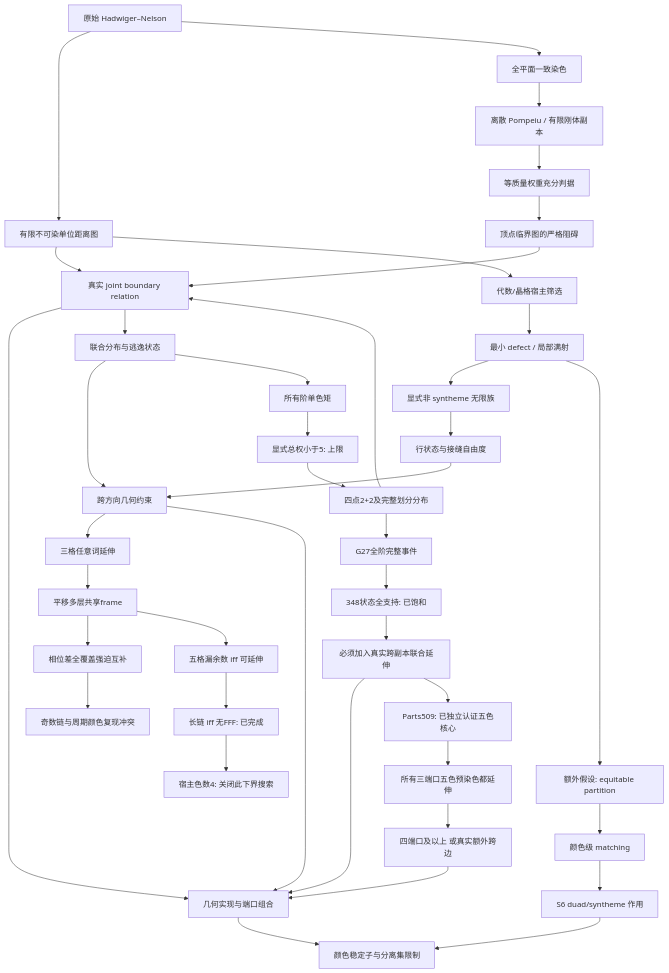
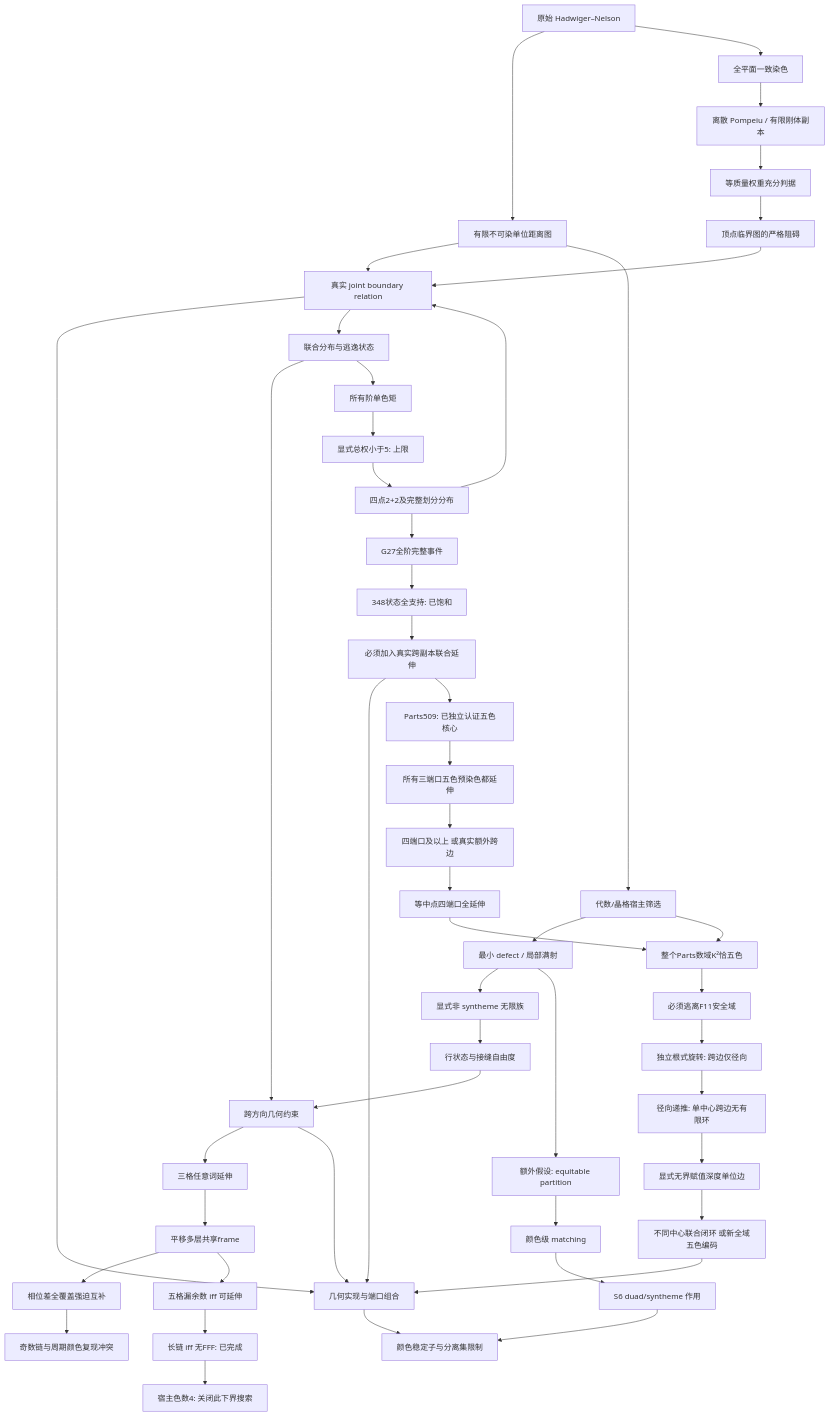
The diagram in docs/ROUTES.md (rsgcsg/math-research), drawn with Mermaid before and after one commit. The commit also changed other lines of this file and 18 other files, not shown here.

````diff
--- a/docs/ROUTES.md
+++ b/docs/ROUTES.md
@@ -10,43 +10,51 @@
 ```mermaid
 flowchart TD
   HN[原始 Hadwiger–Nelson] --> LOW[有限不可染单位距离图]
   HN --> UP[全平面一致染色]
   LOW --> REL[真实 joint boundary relation]
   REL --> GEO[几何实现与端口组合]
   GEO --> CUT[颜色稳定子与分离集限制]
   REL --> FACE[联合分布与逃逸状态]
   LOW --> HOST[代数/晶格宿主筛选]
   HOST --> FALL[最小 defect / 局部满射]
   FALL --> COUNTER[显式非 syntheme 无限族]
   COUNTER --> SFT[行状态与接缝自由度]
   FALL --> EQ[额外假设: equitable partition]
   EQ --> MATCH[颜色级 matching]
   MATCH --> S6[S6 duad/syntheme 作用]
   S6 --> CUT
   SFT --> SEAM[跨方向几何约束]
   SEAM --> TRIPLE[三格任意词延伸]
   TRIPLE --> LAYERS[平移多层共享frame]
   LAYERS --> SATURATE[相位差全覆盖强迫互补]
   SATURATE --> ODD[奇数链与周期颜色复现冲突]
   LAYERS --> ESCAPE[五格漏余数 iff 可延伸]
   ESCAPE --> LONG[长链 iff 无FFF: 已完成]
   LONG --> LOWHOST[宿主色数4: 关闭此下界搜索]
   FACE --> SEAM
   SEAM --> GEO
   UP --> POMP[离散 Pompeiu / 有限刚体副本]
   POMP --> MASS[等质量权重充分判据]
   MASS --> CRIT[顶点临界图的严格阻碍]
   CRIT --> REL
   FACE --> MONO[所有阶单色矩]
   MONO --> CEILING[显式总权小于5: 上限]
   CEILING --> JOINT[四点2+2及完整划分分布]
   JOINT --> REL
   JOINT --> G27[G27全阶完整事件]
   G27 --> FULLSUP[348状态全支持: 已饱和]
   FULLSUP --> EXTEND[必须加入真实跨副本联合延伸]
   EXTEND --> GEO
   EXTEND --> CORE5[Parts509: 已独立认证五色核心]
   CORE5 --> FREE3[所有三端口五色预染色都延伸]
   FREE3 --> FOURPORT[四端口及以上 或真实额外跨边]
-  FOURPORT --> GEO
+  FOURPORT --> FULL4[等中点四端口全延伸]
+  FULL4 --> FIELD5[整个Parts数域K²恰五色]
+  HOST --> FIELD5
+  FIELD5 --> ESCAPEFIELD[必须逃离F11安全域]
+  ESCAPEFIELD --> ROTATE[独立根式旋转: 跨边仅径向]
+  ROTATE --> RADIAL[径向递推: 单中心跨边无有限环]
+  RADIAL --> DEPTH[显式无界赋值深度单位边]
+  DEPTH --> Q5[不同中心联合闭环 或新全域五色编码]
+  Q5 --> GEO
 ```
````
